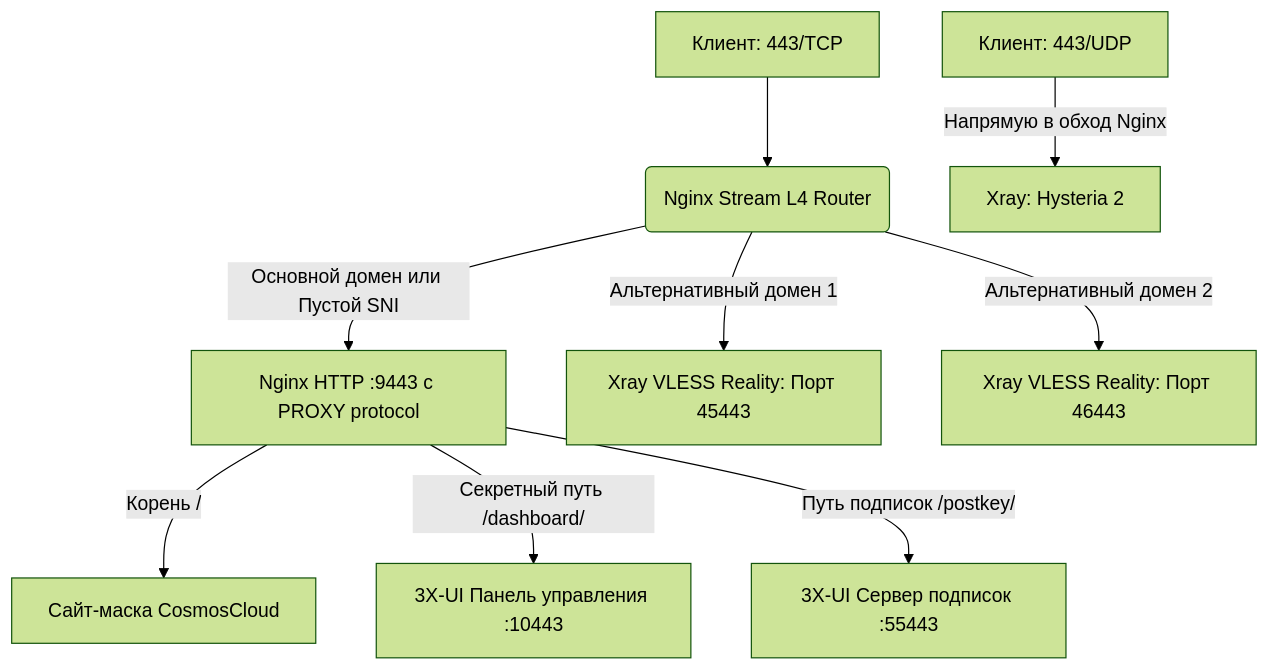
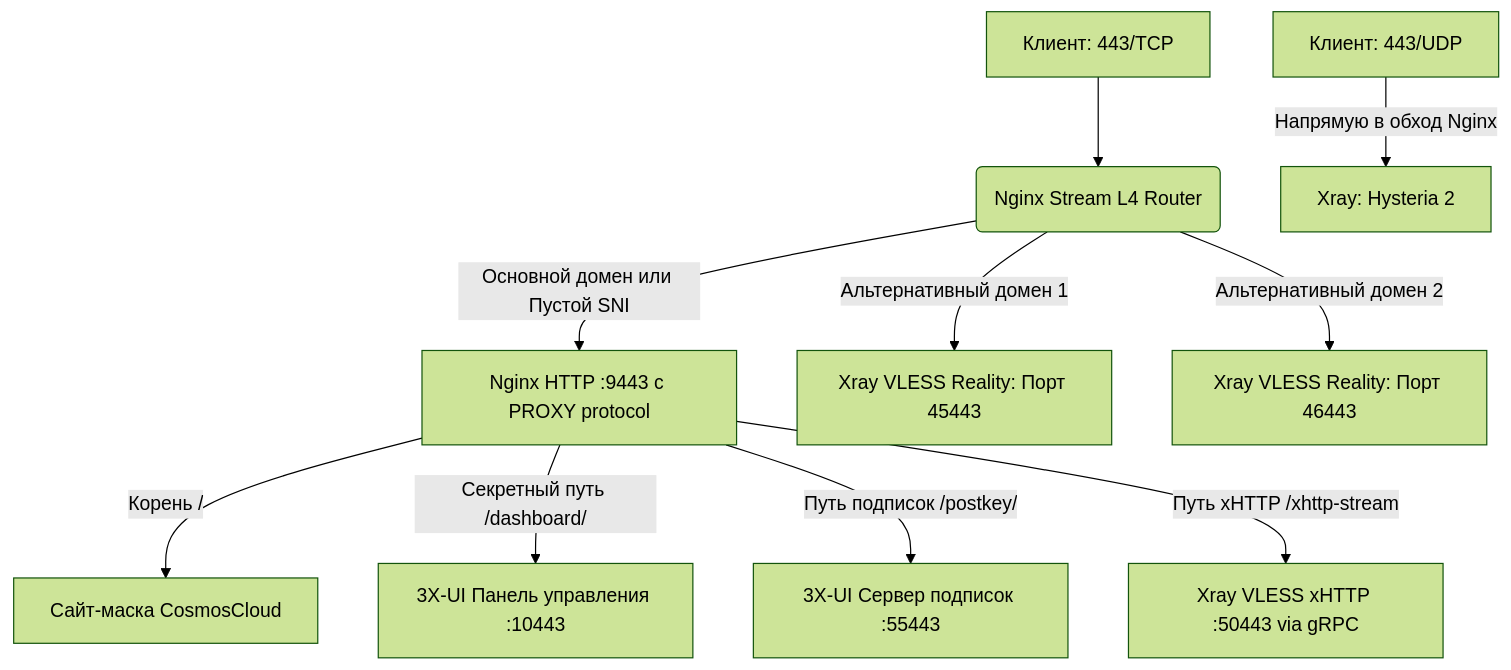
The diagram in README.md (torrua/Nginx-L4-Stream-Router-Mask-for-3x-ui), drawn with Mermaid (forest theme) before and after one commit. The commit also changed other lines of this file, not shown here.

````diff
--- a/README.md
+++ b/README.md
@@ -50,13 +51,14 @@
 ```mermaid
 graph TD
     Client443TCP[Клиент: 443/TCP] --> NginxStream(Nginx Stream L4 Router)
     Client443UDP[Клиент: 443/UDP] -->|Напрямую в обход Nginx| XrayHysteria[Xray: Hysteria 2]
 
     NginxStream -->|Основной домен или Пустой SNI| NginxHTTP[Nginx HTTP :9443 с PROXY protocol]
     NginxStream -->|Альтернативный домен 1| VLESS_1[Xray VLESS Reality: Порт 45443]
     NginxStream -->|Альтернативный домен 2| VLESS_2[Xray VLESS Reality: Порт 46443]
 
     NginxHTTP -->|Корень /| DecoySite[Сайт-маска CosmosCloud]
     NginxHTTP -->|Секретный путь /dashboard/| Panel3X[3X-UI Панель управления :10443]
     NginxHTTP -->|Путь подписок /postkey/| PanelSub[3X-UI Сервер подписок :55443]
+    NginxHTTP -->|Путь xHTTP /xhttp-stream| XrayXHTTP[Xray VLESS xHTTP :50443 via gRPC]
 ```
````
